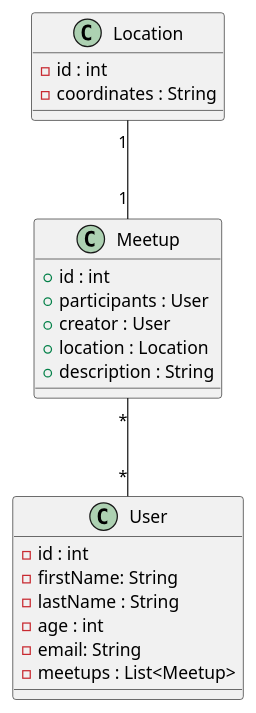
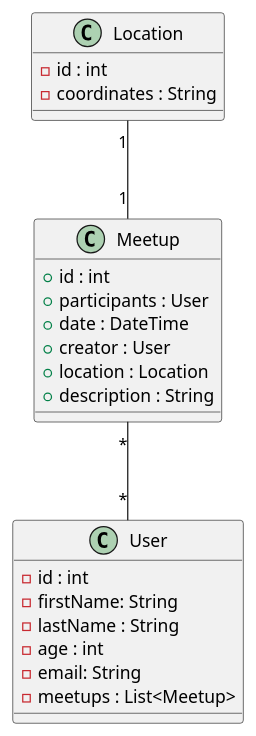
One commit to 2223-3bhif-syp/02-projekte-mopedmeetup changed the diagram in asciidocs/Klassendiagramm.adoc. Above: the diagram before and after it, drawn with PlantUML. The commit also changed 7 other files, not shown here.

```diff
--- a/asciidocs/Klassendiagramm.adoc
+++ b/asciidocs/Klassendiagramm.adoc
@@ -5,28 +5,29 @@
 [plantuml, target=diagram-classes, format=png]
 ....
 class User {
     - id : int
     - firstName: String
     - lastName : String
     - age : int
     - email: String
     - meetups : List<Meetup>
 }
 class Meetup {
     + id : int
     + participants : User
+    + date : DateTime
     + creator : User
     + location : Location
     + description : String
 }
 
 class Location {
     - id : int
     - coordinates : String
 }
 
 
 Meetup "*"--"*" User : ""
 Location "1"--"1" Meetup : ""
 
 ....
```
